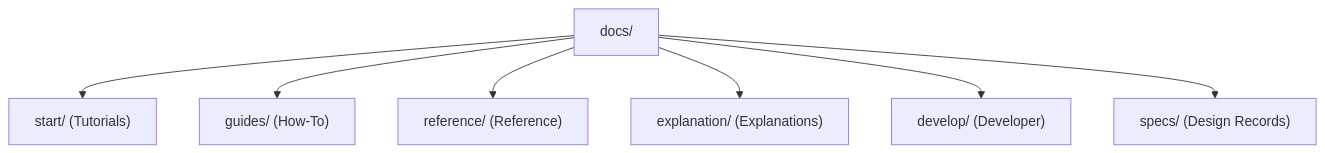
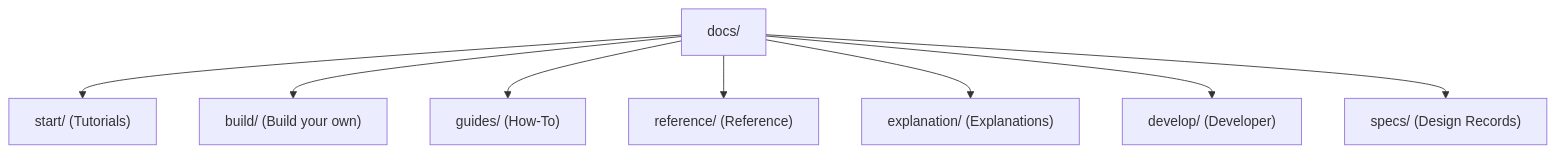
The diagram in docs/README.md (OPad-dev/OPad), drawn with Mermaid before and after one commit. The commit also changed other lines of this file and 29 other files, not shown here.

First line of the commit message:
docs: get started is for buyers, building your own moves to build/

````diff
--- a/docs/README.md
+++ b/docs/README.md
@@ -14,9 +14,10 @@
 ```mermaid
 flowchart TD
     Docs["docs/"] --> Start["start/ (Tutorials)"]
+    Docs --> Build["build/ (Build your own)"]
     Docs --> Guides["guides/ (How-To)"]
     Docs --> Ref["reference/ (Reference)"]
     Docs --> Expl["explanation/ (Explanations)"]
     Docs --> Dev["develop/ (Developer)"]
     Docs --> Specs["specs/ (Design Records)"]
 ```
````
